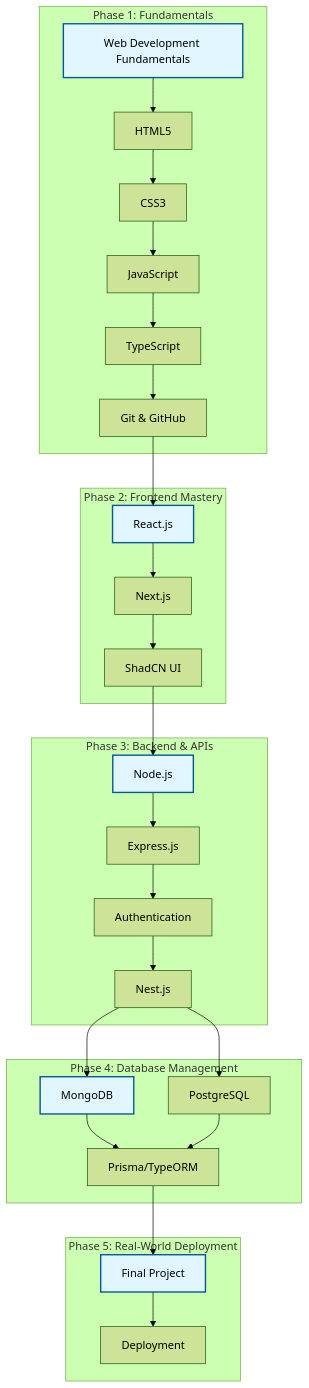
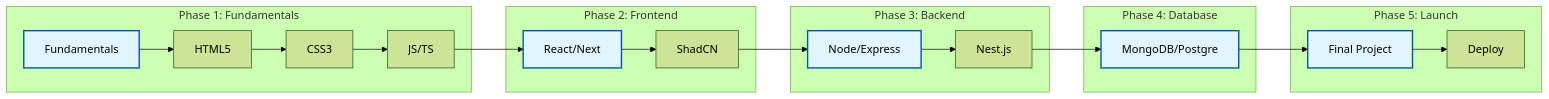
One commit to itsrajaniket/Full-Stack-MERN-Study-Structure changed the diagram in README.md. Above: the diagram before and after it, drawn with Mermaid (forest theme).

Commit message:
docs:  map mermaid diagram in README.md

````diff
--- a/README.md
+++ b/README.md
@@ -18,41 +18,33 @@
 ```mermaid
-graph TD
+graph LR
     subgraph "Phase 1: Fundamentals"
-        A[Web Development Fundamentals] --> HTML[HTML5]
+        A[Fundamentals] --> HTML[HTML5]
         HTML --> CSS[CSS3]
-        CSS --> JS[JavaScript]
-        JS --> TS[TypeScript]
-        TS --> Git[Git & GitHub]
+        CSS --> JS[JS/TS]
     end
 
-    subgraph "Phase 2: Frontend Mastery"
-        Git --> React[React.js]
-        React --> Next[Next.js]
-        Next --> ShadCN[ShadCN UI]
+    subgraph "Phase 2: Frontend"
+        JS --> React[React/Next]
+        React --> ShadCN[ShadCN]
     end
 
-    subgraph "Phase 3: Backend & APIs"
-        ShadCN --> Node[Node.js]
-        Node --> Express[Express.js]
-        Express --> Auth[Authentication]
-        Auth --> Nest[Nest.js]
+    subgraph "Phase 3: Backend"
+        ShadCN --> Node[Node/Express]
+        Node --> Nest[Nest.js]
     end
 
-    subgraph "Phase 4: Database Management"
-        Nest --> Mongo[MongoDB]
-        Nest --> Postgre[PostgreSQL]
-        Mongo --> Prisma[Prisma/TypeORM]
-        Postgre --> Prisma
+    subgraph "Phase 4: Database"
+        Nest --> DB[MongoDB/Postgre]
     end
 
-    subgraph "Phase 5: Real-World Deployment"
-        Prisma --> Project[Final Project]
-        Project --> Deploy[Deployment]
+    subgraph "Phase 5: Launch"
+        DB --> Project[Final Project]
+        Project --> Deploy[Deploy]
     end
 
     style A fill:#e1f5fe,stroke:#01579b,stroke-width:2px
     style React fill:#e1f5fe,stroke:#01579b,stroke-width:2px
     style Node fill:#e1f5fe,stroke:#01579b,stroke-width:2px
-    style Mongo fill:#e1f5fe,stroke:#01579b,stroke-width:2px
+    style DB fill:#e1f5fe,stroke:#01579b,stroke-width:2px
     style Project fill:#e1f5fe,stroke:#01579b,stroke-width:2px
 ```
````
